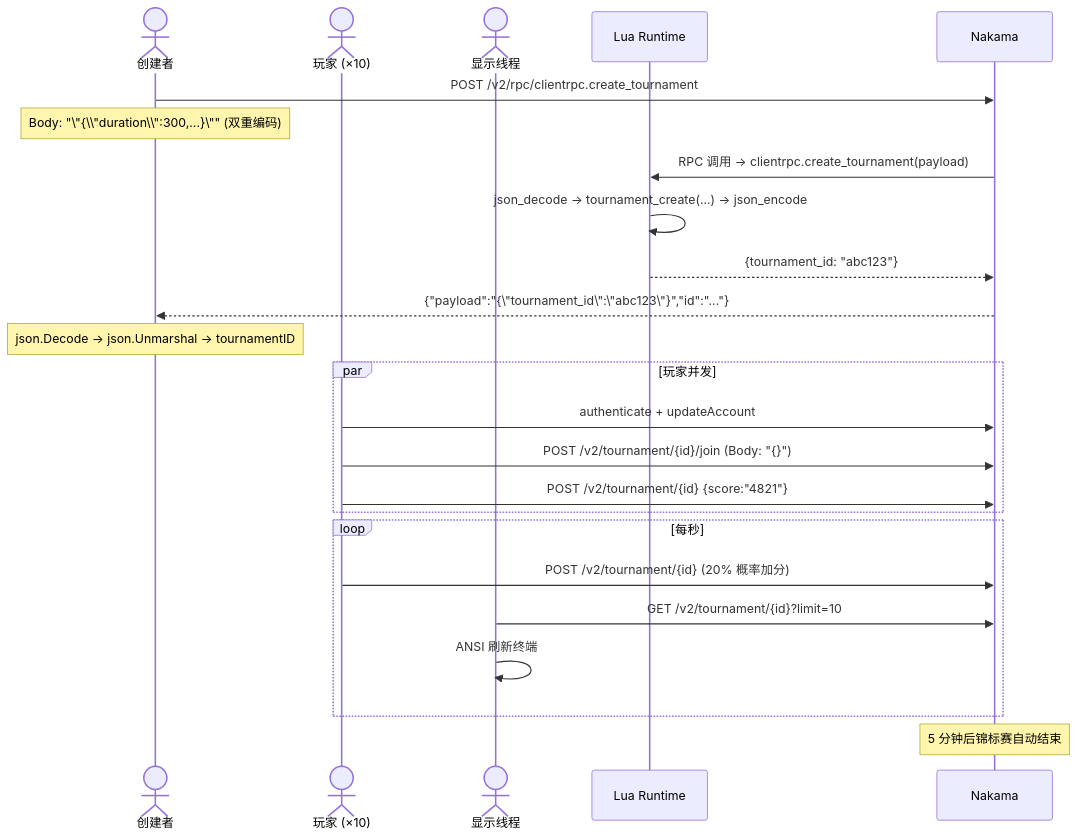
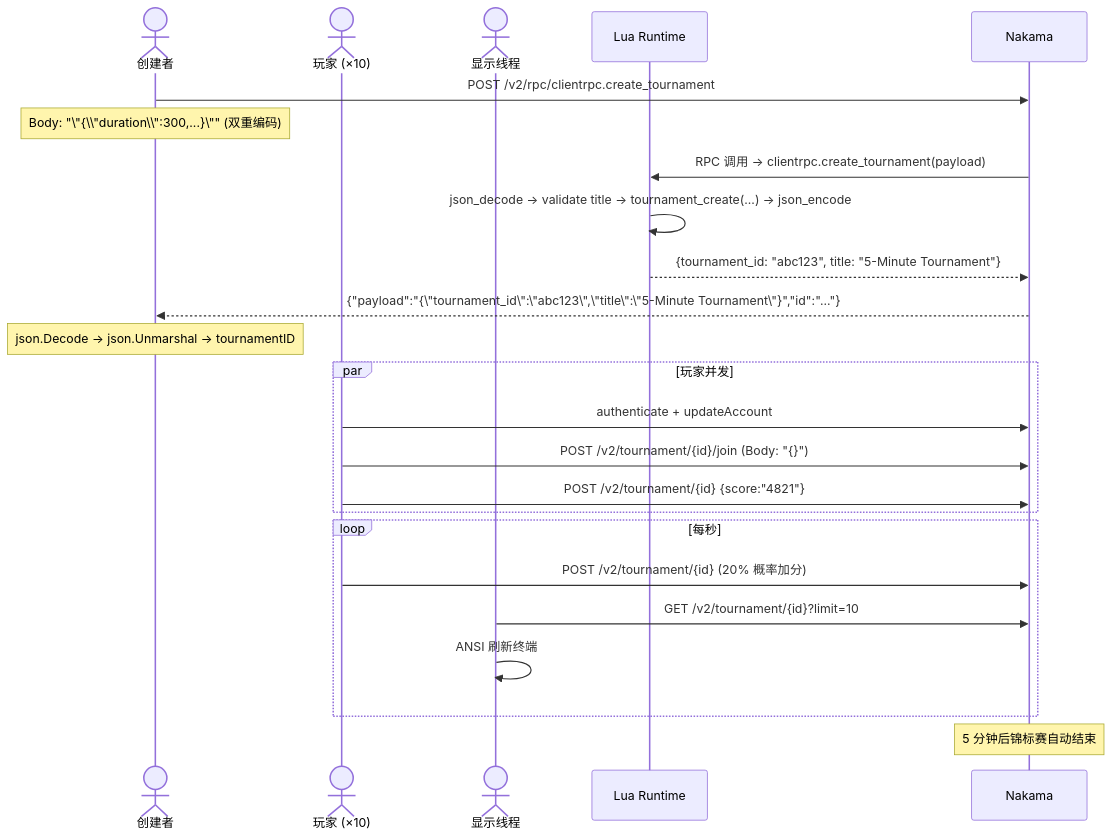
Before and after one commit to kindywu/nakama: the fourth of 5 diagrams in docs/examples.md, drawn with Mermaid. The commit also changed other lines of this file and 1 other file, not shown here.

First line of the commit message:
docs: update tournament example with RPC create/write details

````diff
--- a/docs/examples.md
+++ b/docs/examples.md
@@ -883,30 +938,30 @@
 ```mermaid
 sequenceDiagram
     actor Creator as 创建者
     actor P as 玩家 (×10)
     actor Display as 显示线程
     participant Lua as Lua Runtime
     participant Nakama
 
     Creator->>Nakama: POST /v2/rpc/clientrpc.create_tournament
     Note over Creator: Body: "\"{\\"duration\\":300,...}\"" (双重编码)
     Nakama->>Lua: RPC 调用 → clientrpc.create_tournament(payload)
-    Lua->>Lua: json_decode → tournament_create(...) → json_encode
-    Lua-->>Nakama: {tournament_id: "abc123"}
-    Nakama-->>Creator: {"payload":"{\"tournament_id\":\"abc123\"}","id":"..."}
+    Lua->>Lua: json_decode → validate title → tournament_create(...) → json_encode
+    Lua-->>Nakama: {tournament_id: "abc123", title: "5-Minute Tournament"}
+    Nakama-->>Creator: {"payload":"{\"tournament_id\":\"abc123\",\"title\":\"5-Minute Tournament\"}","id":"..."}
     Note over Creator: json.Decode → json.Unmarshal → tournamentID
 
     par 玩家并发
         P->>Nakama: authenticate + updateAccount
         P->>Nakama: POST /v2/tournament/{id}/join (Body: "{}")
         P->>Nakama: POST /v2/tournament/{id} {score:"4821"}
     end
 
     loop 每秒
         P->>Nakama: POST /v2/tournament/{id} (20% 概率加分)
         Display->>Nakama: GET /v2/tournament/{id}?limit=10
         Display->>Display: ANSI 刷新终端
     end
 
     Note over Nakama: 5 分钟后锦标赛自动结束
 ```
````
